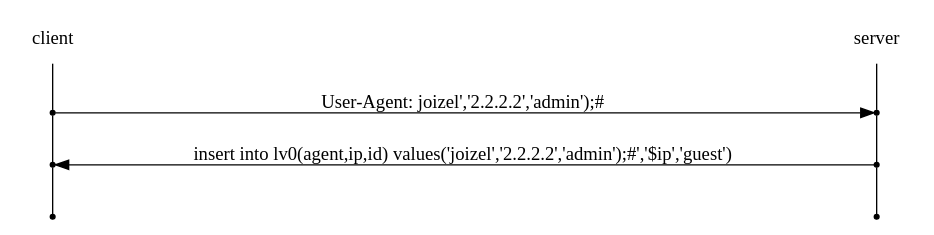
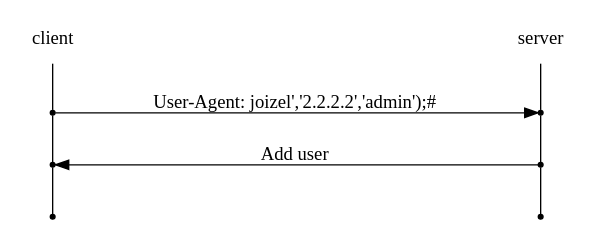
The diagram in docs/web/Base SQL Injection/[webhacking] 08.rst (joizel/ctf_writeup), drawn with Graphviz before and after one commit. The commit also changed other lines of this file, not shown here.

```diff
--- a/docs/web/Base SQL Injection/[webhacking] 08.rst
+++ b/docs/web/Base SQL Injection/[webhacking] 08.rst
@@ -7,21 +7,21 @@
 .. graphviz::
 
     digraph G {
         rankdir="LR";
         node[shape="point"];
         edge[arrowhead="none"]
 
         {
             rank="same";
             "client"[shape="plaintext"];
             "client" -> step0 -> step2 -> step4;
         }
 
         {
             rank="same";
             "server"[shape="plaintext"];
             "server" -> step1 -> step3 -> step5;
         }
         step0 -> step1[label="User-Agent: joizel','2.2.2.2','admin');#",arrowhead="normal"];
-        step3 -> step2[label="insert into lv0(agent,ip,id) values('joizel','2.2.2.2','admin');#','$ip','guest')",arrowhead="normal"];
+        step3 -> step2[label="Add user",arrowhead="normal"];
     }
```
